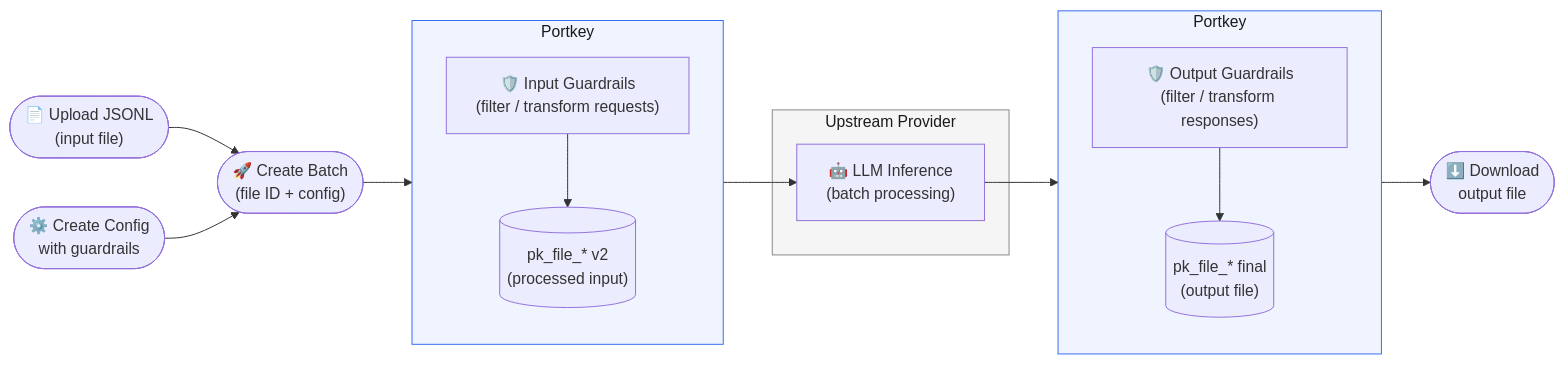
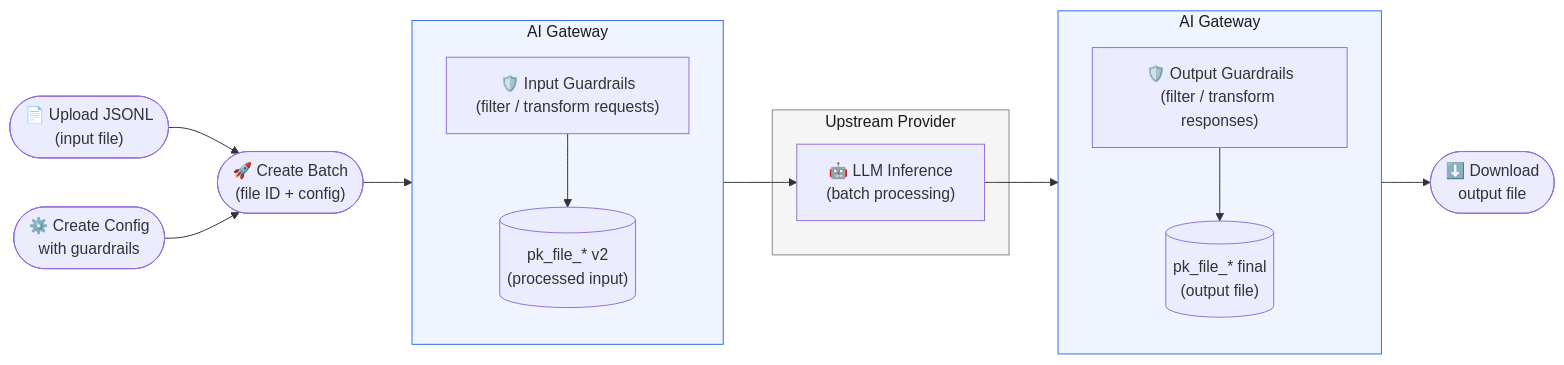
One commit to Portkey-AI/docs-core changed the diagram in aigw/product/guardrails/guardrails-for-batches.mdx. Above: the diagram before and after it, drawn with Mermaid. The commit also changed other lines of this file and 174 other files, not shown here.

````diff
--- a/aigw/product/guardrails/guardrails-for-batches.mdx
+++ b/aigw/product/guardrails/guardrails-for-batches.mdx
@@ -16,37 +16,37 @@
 ```mermaid
 flowchart LR
     A(["📄 Upload JSONL\n(input file)"])
     B(["⚙️ Create Config\nwith guardrails"])
     C(["🚀 Create Batch\n(file ID + config)"])
 
-    subgraph portkey["Portkey"]
+    subgraph portkey["AI Gateway"]
         direction TB
         D["🛡️ Input Guardrails\n(filter / transform requests)"]
         E[("pk_file_* v2\n(processed input)")]
         D --> E
     end
 
     subgraph provider["Upstream Provider"]
         F["🤖 LLM Inference\n(batch processing)"]
     end
 
-    subgraph postprocess["Portkey"]
+    subgraph postprocess["AI Gateway"]
         direction TB
         G["🛡️ Output Guardrails\n(filter / transform responses)"]
         H[("pk_file_* final\n(output file)")]
         G --> H
     end
 
     I(["⬇️ Download\noutput file"])
 
     A --> C
     B --> C
     C --> D
     E --> F
     F --> G
     H --> I
 
     style portkey fill:#f0f4ff,stroke:#346df1,color:#1a1a1a
     style provider fill:#f5f5f5,stroke:#888,color:#1a1a1a
     style postprocess fill:#f0f4ff,stroke:#346df1,color:#1a1a1a
 ```
````
